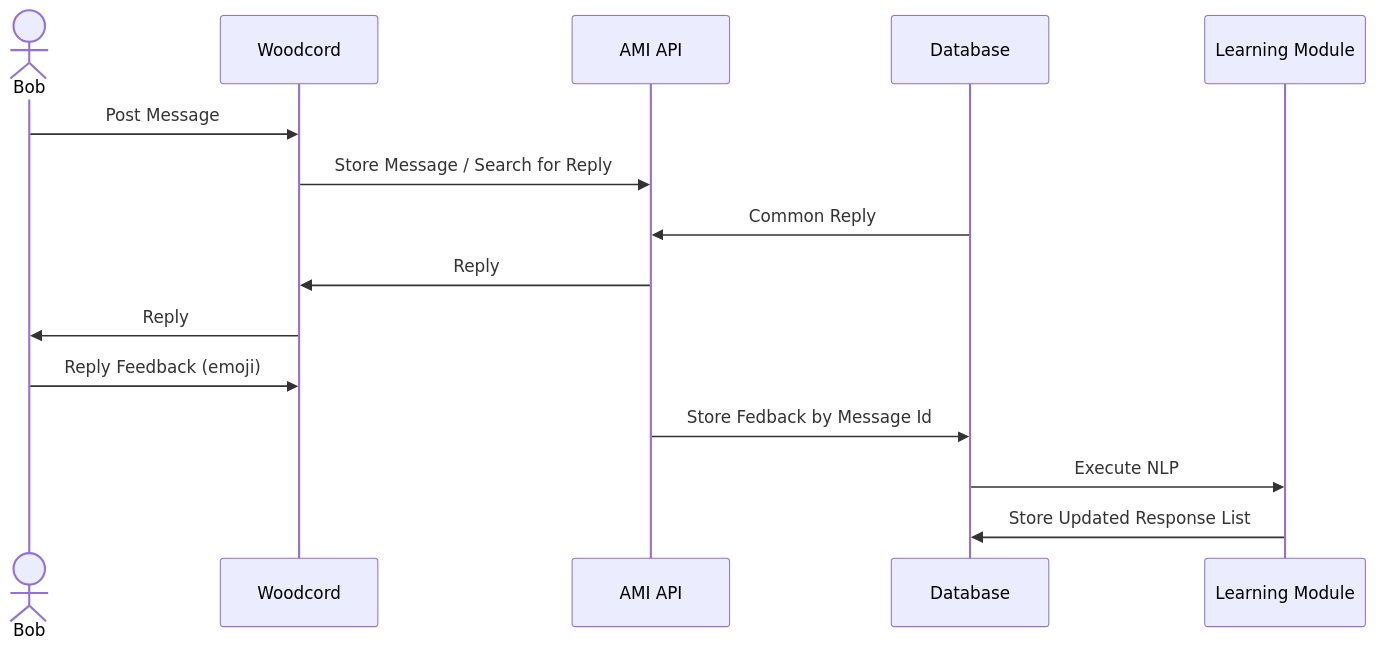
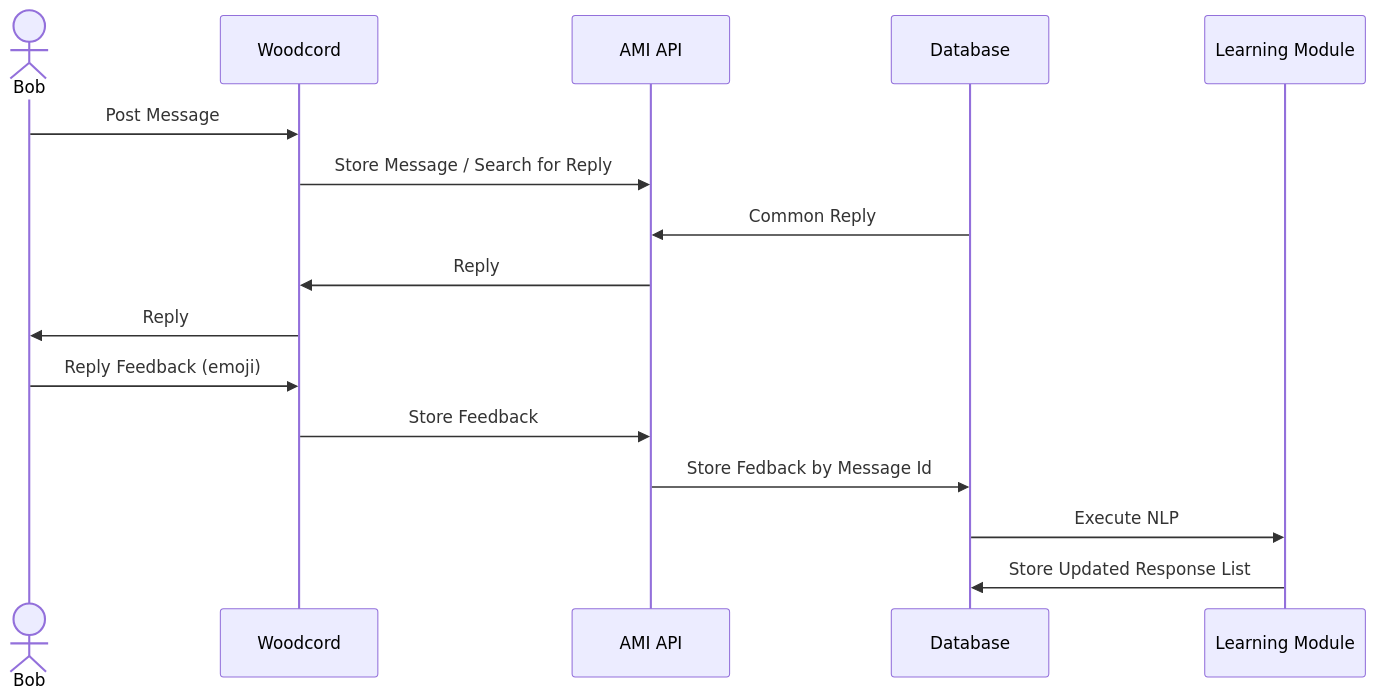
One commit to WonkyMic/wonkymic.github.io changed the diagram in content/en/docs/computer-science/woodcord/system-design.md. Above: the diagram before and after it, drawn with Mermaid. The commit also changed 7 other files, not shown here.

```diff
--- a/content/en/docs/computer-science/woodcord/system-design.md
+++ b/content/en/docs/computer-science/woodcord/system-design.md
@@ -22,17 +22,18 @@
 {{< mermaid class="bg-light text-center" >}}
 sequenceDiagram
     actor Bob
     participant D as Woodcord
     participant API as AMI API
     participant DB as Database
     participant LM as Learning Module
     Bob ->> D: Post Message
     D ->> API: Store Message / Search for Reply
     DB ->> API: Common Reply
     API ->> D : Reply 
     D ->> Bob: Reply
     Bob ->> D: Reply Feedback (emoji)
+    D ->> API: Store Feedback
     API ->> DB: Store Fedback by Message Id
     DB ->> LM: Execute NLP
     LM ->> DB: Store Updated Response List
 {{< /mermaid >}}
```
